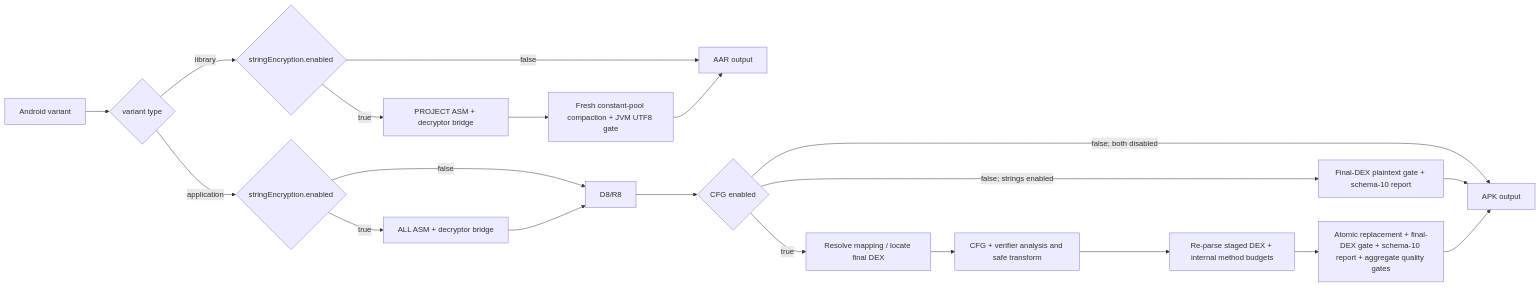
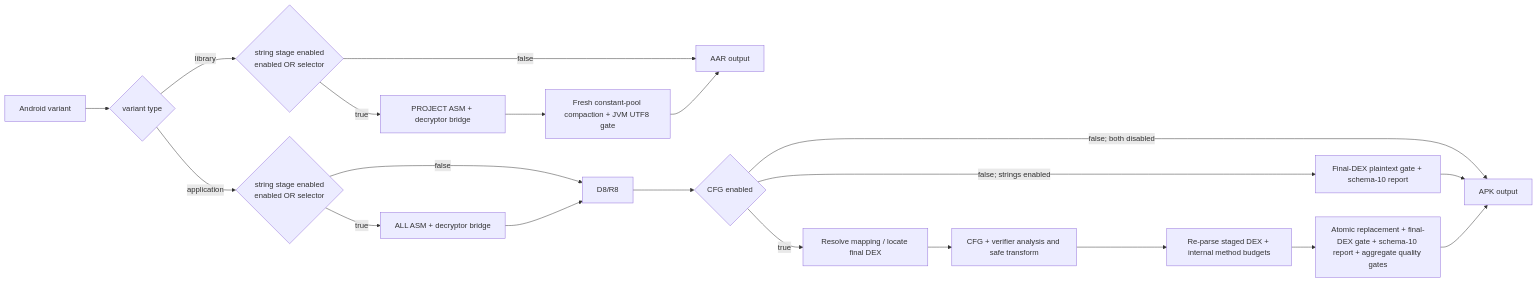
One commit to w296488320/DexCfgObfuscator changed the diagram in doc/README_EN.md. Above: the diagram before and after it, drawn with Mermaid. The commit also changed other lines of this file and 13 other files, not shown here.

````diff
--- a/doc/README_EN.md
+++ b/doc/README_EN.md
@@ -498,22 +503,22 @@
 ```mermaid
 flowchart LR
     A["Android variant"] --> V{"variant type"}
-    V -->|library| LB{"stringEncryption.enabled"}
+    V -->|library| LB{"string stage enabled<br/>enabled OR selector"}
     LB -->|false| LA["AAR output"]
     LB -->|true| LC["PROJECT ASM + decryptor bridge"]
     LC --> L["Fresh constant-pool compaction + JVM UTF8 gate"]
     L --> LA
-    V -->|application| AB{"stringEncryption.enabled"}
+    V -->|application| AB{"string stage enabled<br/>enabled OR selector"}
     AB -->|true| C["ALL ASM + decryptor bridge"]
     AB -->|false| E["D8/R8"]
     C --> E
     E --> F{"CFG enabled"}
     F -->|false; strings enabled| S["Final-DEX plaintext gate + schema-10 report"]
     F -->|false; both disabled| G["APK output"]
     S --> G
     F -->|true| H["Resolve mapping / locate final DEX"]
     H --> I["CFG + verifier analysis and safe transform"]
     I --> J["Re-parse staged DEX + internal method budgets"]
     J --> K["Atomic replacement + final-DEX gate + schema-10 report + aggregate quality gates"]
     K --> G
 ```
````
